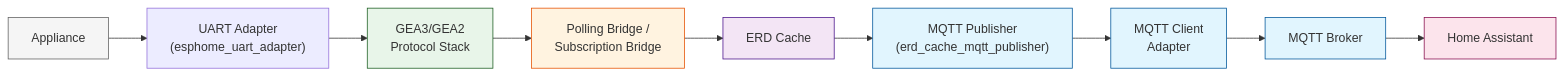
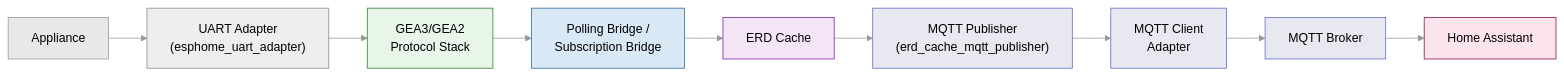
The first of 3 diagrams in docs/architecture/data-flow.md (eddietheengineer/home-assistant-bridge-esphome), drawn with Mermaid before and after one commit. The commit also changed other lines of this file and 9 other files, not shown here.

````diff
--- a/docs/architecture/data-flow.md
+++ b/docs/architecture/data-flow.md
@@ -12,25 +12,26 @@
 ```mermaid
+%%{init: {"theme":"neutral","themeVariables":{"primaryColor":"#4a90d9","primaryBorderColor":"#2c6a9e","primaryTextColor":"#1a1a1a","secondaryColor":"#d9e8f5","tertiaryColor":"#f0f0f0","lineColor":"#999999","clusterBkg":"#f5f5f5","clusterBorder":"#aaaaaa","fontFamily":"monospace","nodeBorder":"#888888","edgeLabelBackground":"#ffffff"}}}%%
 graph LR
     APPLIANCE["Appliance"] --> UART["UART Adapter<br/>(esphome_uart_adapter)"]
     UART --> PROTOCOL["GEA3/GEA2<br/>Protocol Stack"]
     PROTOCOL --> BRIDGES["Polling Bridge /<br/>Subscription Bridge"]
     BRIDGES --> CACHE["ERD Cache"]
     CACHE --> PUB["MQTT Publisher<br/>(erd_cache_mqtt_publisher)"]
     PUB --> MQTT["MQTT Client<br/>Adapter"]
     MQTT --> BROKER["MQTT Broker"]
     BROKER --> HA["Home Assistant"]
 
-    classDef appliance fill:#f5f5f5,stroke:#616161
-    classDef protocol fill:#e8f5e9,stroke:#1b5e20
-    classDef bridge fill:#fff3e0,stroke:#e65100
-    classDef cache fill:#f3e5f5,stroke:#4a148c
-    classDef mqtt fill:#e1f5fe,stroke:#01579b
+    classDef appliance fill:#e8e8e8,stroke:#999999
+    classDef protocol fill:#e8f5e9,stroke:#2e7d32
+    classDef bridge fill:#d9e8f5,stroke:#2c6a9e
+    classDef cache fill:#f3e5f5,stroke:#7b1fa2
+    classDef mqtt fill:#e8e8f0,stroke:#5c6bc0
     classDef ha fill:#fce4ec,stroke:#880e4f
 
     class APPLIANCE appliance
     class PROTOCOL protocol
     class BRIDGES bridge
     class CACHE cache
     class MQTT,PUB,BROKER mqtt
     class HA ha
 ```
````
